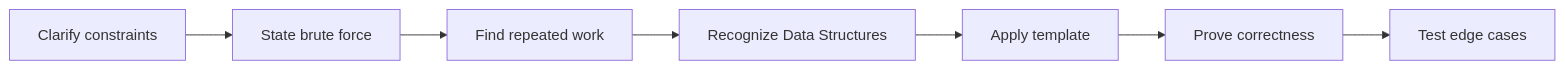
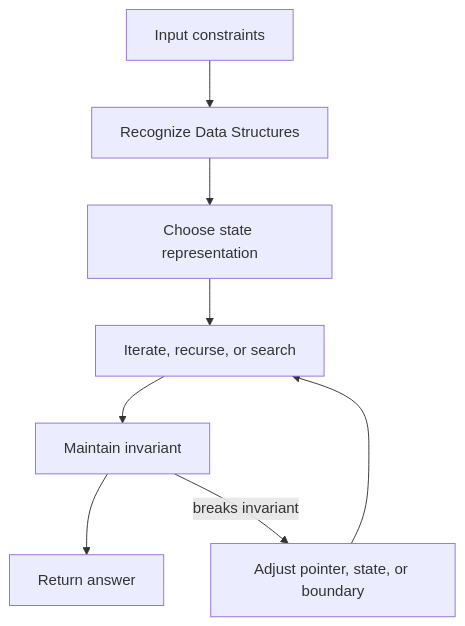
The second of 2 diagrams in coding-round/data-structures/index.md (abstractinterviews/abstractinterviews.github.io), drawn with Mermaid before and after one commit. The commit also changed other lines of this file and 278 other files, not shown here.

````diff
--- a/coding-round/data-structures/index.md
+++ b/coding-round/data-structures/index.md
@@ -173,9 +171,10 @@
-~~~mermaid
-flowchart LR
-    A["Clarify constraints"] --> B["State brute force"]
-    B --> C["Find repeated work"]
-    C --> D["Recognize Data Structures"]
-    D --> E["Apply template"]
-    E --> F["Prove correctness"]
-    F --> G["Test edge cases"]
-~~~
+```mermaid
+flowchart TD
+    Input["Input constraints"] --> Pattern["Recognize Data Structures"]
+    Pattern --> State["Choose state representation"]
+    State --> Iterate["Iterate, recurse, or search"]
+    Iterate --> Check["Maintain invariant"]
+    Check --> Result["Return answer"]
+    Check -->|breaks invariant| Fix["Adjust pointer, state, or boundary"]
+    Fix --> Iterate
+```
````
